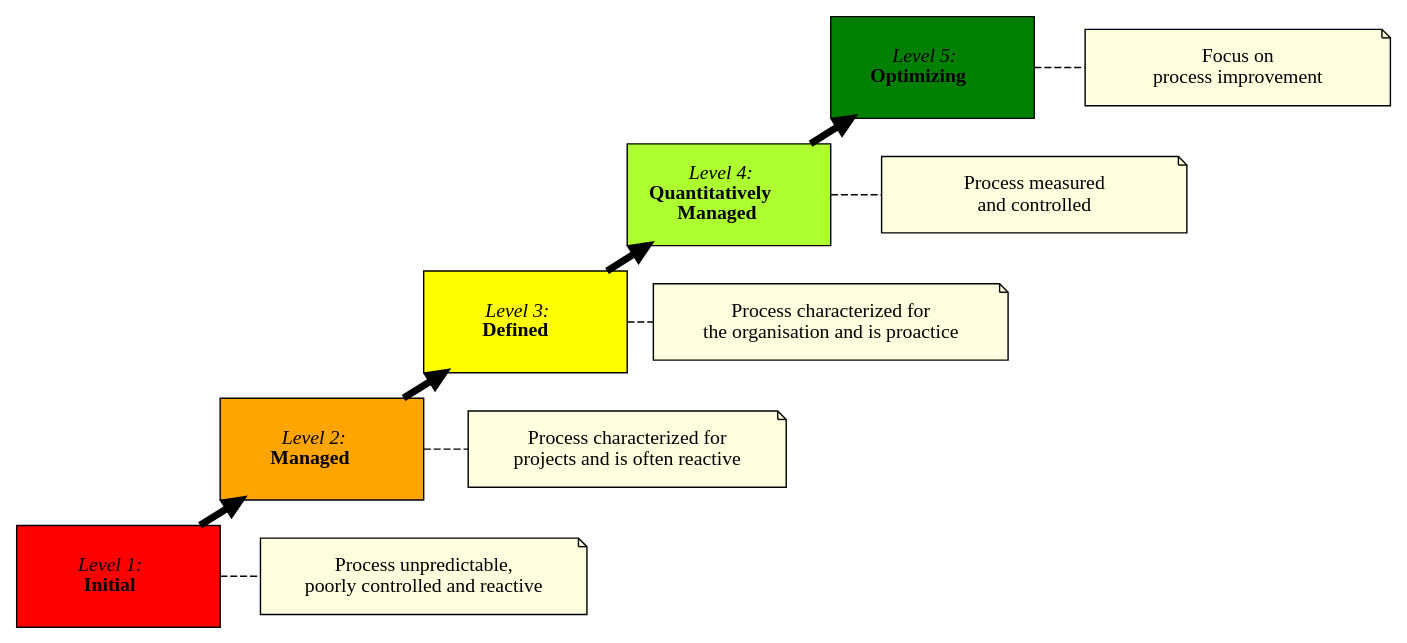
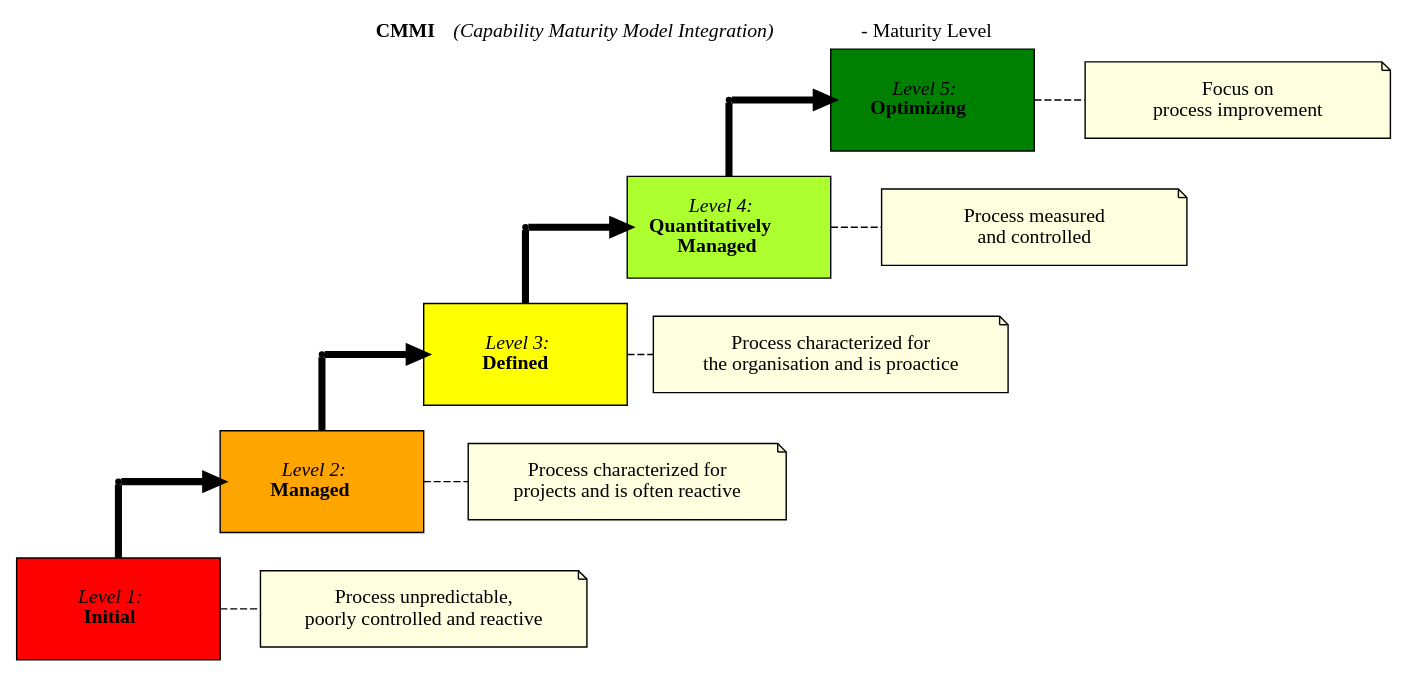
The diagram in docs/development_process/cmmi.dot (plone/plone_best_practices_discussion), drawn with Graphviz before and after one commit.

Commit message:
CMMI Diagram

```diff
--- a/docs/development_process/cmmi.dot
+++ b/docs/development_process/cmmi.dot
@@ -1,41 +1,52 @@
 graph cmmi {
   layout="neato";
   rankdir=BT;
-  splines=polyline
+
+  label=<<B>CMMI</B> <I>(Capability Maturity Model Integration)</I>  - Maturity Level>;
+  labelloc=t;
 
   node[shape=box
        style=filled
        height=1.0
        pin=true
   ];
   edge[splines=polyline]
 
-  l1 [pos="0.00,0.00" label=<<I>Level 1:</I><BR/><B>Initial</B>> fillcolor=red shape=box width=2];
-  l2 [pos="2.00,1.25" label=<<I>Level 2:</I><BR/><B>Managed</B>>  fillcolor=orange shape=box width=2];
-  l3 [pos="4.00,2.50" label=<<I>Level 3:</I><BR/><B>Defined</B>>  fillcolor=yellow shape=box width=2];
-  l4 [pos="6.00,3.75" label=<<I>Level 4:</I><BR/><B>Quantitatively<BR/>Managed</B>>  fillcolor=greenyellow shape=box width=2];
-  l5 [pos="8.00,5.00" label=<<I>Level 5:</I><BR/><B>Optimizing</B>>  fillcolor=green shape=box width=2];
+  l1 [pos="0.00,0.00!" label=<<I>Level 1:</I><BR/><B>Initial</B>> fillcolor=red shape=box width=2];
+  l2 [pos="2.00,1.25!" label=<<I>Level 2:</I><BR/><B>Managed</B>>  fillcolor=orange shape=box width=2];
+  l3 [pos="4.00,2.50!" label=<<I>Level 3:</I><BR/><B>Defined</B>>  fillcolor=yellow shape=box width=2];
+  l4 [pos="6.00,3.75!" label=<<I>Level 4:</I><BR/><B>Quantitatively<BR/>Managed</B>>  fillcolor=greenyellow shape=box width=2];
+  l5 [pos="8.00,5.00!" label=<<I>Level 5:</I><BR/><B>Optimizing</B>>  fillcolor=green shape=box width=2];
 
-  l1c [pos="03.00,0.00" label="Process unpredictable,\npoorly controlled and reactive" shape=note  fillcolor=lightyellow width=3 height=0.75];
-  l2c [pos="05.00,1.25" label="Process characterized for\nprojects and is often reactive" shape=note  fillcolor=lightyellow width=3 height=0.75];
-  l3c [pos="07.00,2.50" label="Process characterized for\nthe organisation and is proactice" shape=note  fillcolor=lightyellow width=3 height=0.75];
-  l4c [pos="09.00,3.75" label="Process measured\nand controlled" shape=note  fillcolor=lightyellow width=3 height=0.75];
-  l5c [pos="11.00,5.00" label="Focus on\nprocess improvement" shape=note  fillcolor=lightyellow width=3 height=0.75];
+  l1c [pos="03.00,0.00!" label="Process unpredictable,\npoorly controlled and reactive" shape=note  fillcolor=lightyellow width=3 height=0.75];
+  l2c [pos="05.00,1.25!" label="Process characterized for\nprojects and is often reactive" shape=note  fillcolor=lightyellow width=3 height=0.75];
+  l3c [pos="07.00,2.50!" label="Process characterized for\nthe organisation and is proactice" shape=note  fillcolor=lightyellow width=3 height=0.75];
+  l4c [pos="09.00,3.75!" label="Process measured\nand controlled" shape=note  fillcolor=lightyellow width=3 height=0.75];
+  l5c [pos="11.00,5.00!" label="Focus on\nprocess improvement" shape=note  fillcolor=lightyellow width=3 height=0.75];
 
-  l1 -- l2 [dir=forward penwidth=5];
-  l2 -- l3 [dir=forward penwidth=5];
-  l3 -- l4 [dir=forward penwidth=5];
-  l4 -- l5 [dir=forward penwidth=5];
+  l12 [pos="0.00,1.25!" shape=point width=0.05 label=" " fillcolor=black]
+  l23 [pos="2.00,2.50!" shape=point width=0.05 label=" " fillcolor=black]
+  l34 [pos="4.00,3.75!" shape=point width=0.05 label=" " fillcolor=black]
+  l45 [pos="6.00,5.00!" shape=point width=0.05 label=" " fillcolor=black]
+
+  l1  -- l12 [dir=none    penwidth=5];
+  l12 -- l2  [dir=forward penwidth=5];
+  l2  -- l23 [dir=none    penwidth=5];
+  l23 -- l3  [dir=forward penwidth=5];
+  l3  -- l34 [dir=none    penwidth=5];
+  l34 -- l4  [dir=forward penwidth=5];
+  l4  -- l45 [dir=noen    penwidth=5];
+  l45 -- l5  [dir=forward penwidth=5];
 
   l1 -- l1c [style=dashed];
   l2 -- l2c [style=dashed];
   l3 -- l3c [style=dashed];
   l4 -- l4c [style=dashed];
   l5 -- l5c [style=dashed];
 
   {rank = same; l1; l1c;}
   {rank = same; l2; l2c;}
   {rank = same; l3; l3c;}
   {rank = same; l4; l4c;}
   {rank = same; l5; l5c;}
 }
```
